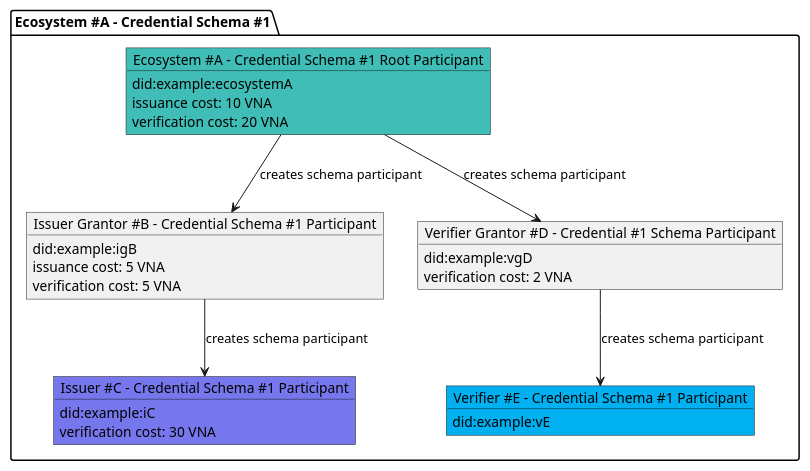
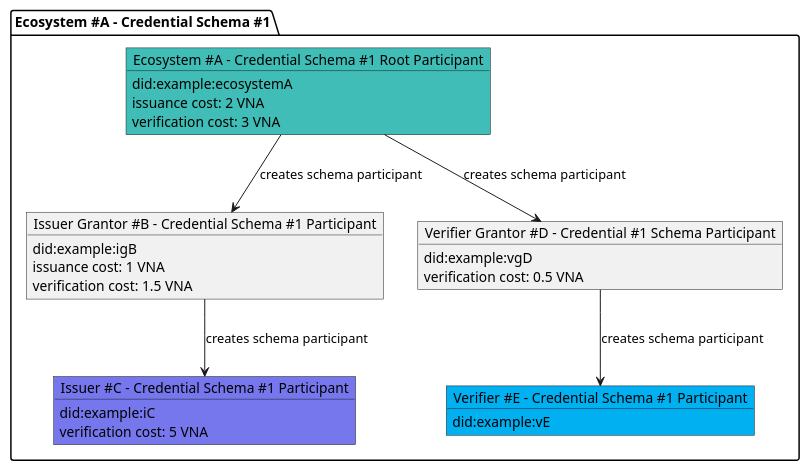
One commit to verana-labs/verifiable-trust-vpr-spec changed the tenth of 21 diagrams in spec.md. Above: the diagram before and after it, drawn with PlantUML. The commit also changed other lines of this file, not shown here.

First line of the commit message:
docs(spec): use realistic VNA amounts in examples

````diff
--- a/spec.md
+++ b/spec.md
@@ -820,41 +820,41 @@
 ```plantuml
 
 @startuml
 scale max 800 width
  
 package "Ecosystem #A - Credential Schema #1" as cs {
 
     object "Ecosystem #A - Credential Schema #1 Root Participant" as tr #3fbdb6 {
         did:example:ecosystemA
-        issuance cost: 10 VNA
-        verification cost: 20 VNA
+        issuance cost: 2 VNA
+        verification cost: 3 VNA
     }
     object "Issuer Grantor #B - Credential Schema #1 Participant" as ig {
         did:example:igB
-        issuance cost: 5 VNA
-        verification cost: 5 VNA
+        issuance cost: 1 VNA
+        verification cost: 1.5 VNA
     }
     object "Issuer #C - Credential Schema #1 Participant" as issuer #7677ed  {
         did:example:iC
-        verification cost: 30 VNA
+        verification cost: 5 VNA
     }
     object "Verifier Grantor #D - Credential #1 Schema Participant" as vg {
         did:example:vgD
-        verification cost: 2 VNA
+        verification cost: 0.5 VNA
     }
     object "Verifier #E - Credential Schema #1 Participant" as verifier #00b0f0 {
         did:example:vE
     }
 }
 
 
 
 tr --> ig : creates schema participant
 ig --> issuer : creates schema participant
 
 tr --> vg : creates schema participant
 vg --> verifier : creates schema participant
 
 @enduml
 
 ```
````
